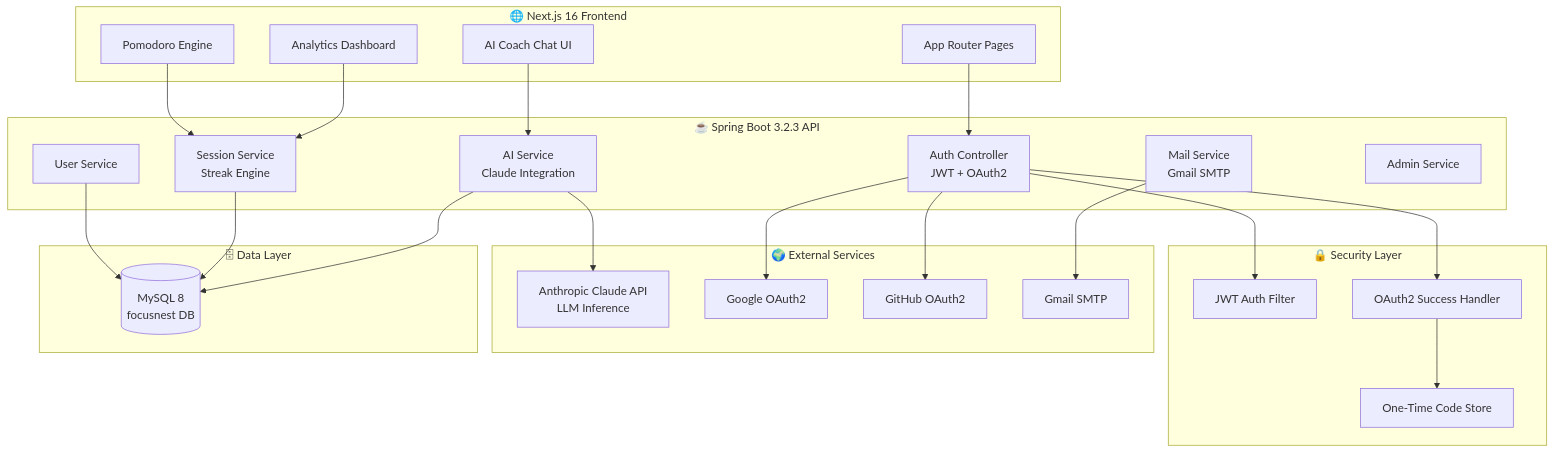
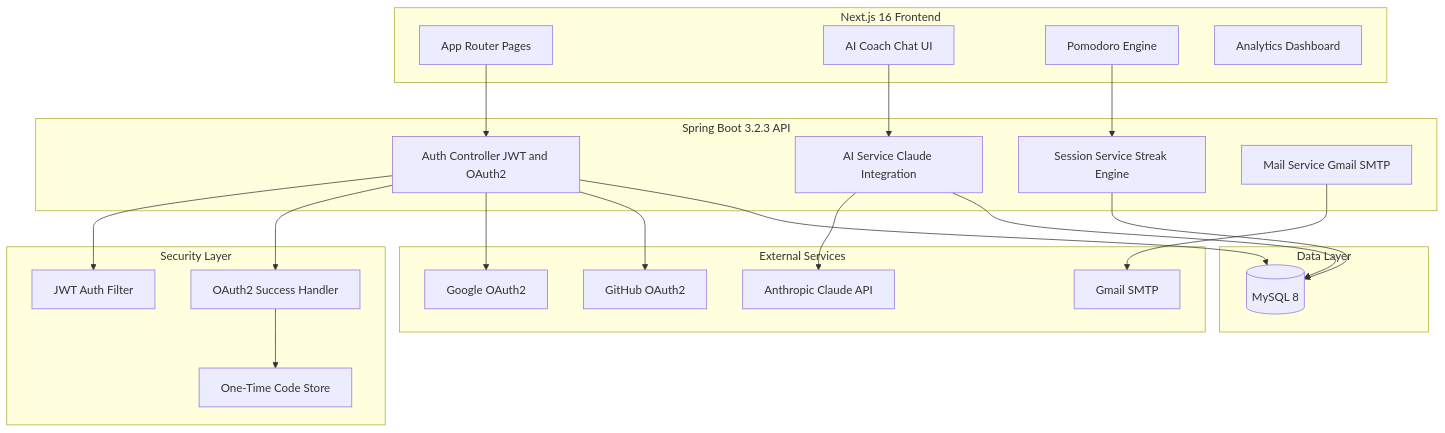
One commit to rishikanthjavadev-stack/focusnest changed the first of 5 diagrams in README.md. Above: the diagram before and after it, drawn with Mermaid. The commit also changed other lines of this file, not shown here.

Commit message:
docs: add project story, problem statement and user personas to README

````diff
--- a/README.md
+++ b/README.md
@@ -82,53 +128,47 @@
 ```mermaid
 flowchart TB
-    subgraph Client["🌐 Next.js 16 Frontend"]
+    subgraph Client["Next.js 16 Frontend"]
         UI[App Router Pages]
         AI_UI[AI Coach Chat UI]
         Timer[Pomodoro Engine]
         Analytics[Analytics Dashboard]
     end
 
-    subgraph Backend["☕ Spring Boot 3.2.3 API"]
-        Auth[Auth Controller\nJWT + OAuth2]
-        UserSvc[User Service]
-        AISvc[AI Service\nClaude Integration]
-        SessionSvc[Session Service\nStreak Engine]
-        MailSvc[Mail Service\nGmail SMTP]
-        AdminSvc[Admin Service]
+    subgraph Backend["Spring Boot 3.2.3 API"]
+        Auth[Auth Controller JWT and OAuth2]
+        AISvc[AI Service Claude Integration]
+        SessionSvc[Session Service Streak Engine]
+        MailSvc[Mail Service Gmail SMTP]
     end
 
-    subgraph Security["🔒 Security Layer"]
+    subgraph Security["Security Layer"]
         JWTFilter[JWT Auth Filter]
-        OAuth2[OAuth2 Success Handler]
+        OAuth2Handler[OAuth2 Success Handler]
         TokenStore[One-Time Code Store]
     end
 
-    subgraph External["🌍 External Services"]
-        Claude[Anthropic Claude API\nLLM Inference]
+    subgraph External["External Services"]
+        Claude[Anthropic Claude API]
         Google[Google OAuth2]
         GitHub[GitHub OAuth2]
         Gmail[Gmail SMTP]
     end
 
-    subgraph Data["🗄 Data Layer"]
-        MySQL[(MySQL 8\nfocusnest DB)]
+    subgraph Data["Data Layer"]
+        MySQL[(MySQL 8)]
     end
 
     UI --> Auth
     AI_UI --> AISvc
     Timer --> SessionSvc
-    Analytics --> SessionSvc
-
     Auth --> JWTFilter
-    Auth --> OAuth2
-    OAuth2 --> TokenStore
-
+    Auth --> OAuth2Handler
+    OAuth2Handler --> TokenStore
     AISvc --> Claude
     Auth --> Google
     Auth --> GitHub
     MailSvc --> Gmail
-
-    UserSvc --> MySQL
+    Auth --> MySQL
     SessionSvc --> MySQL
     AISvc --> MySQL
 ```
````
